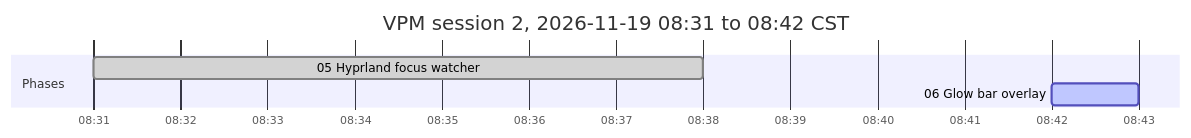
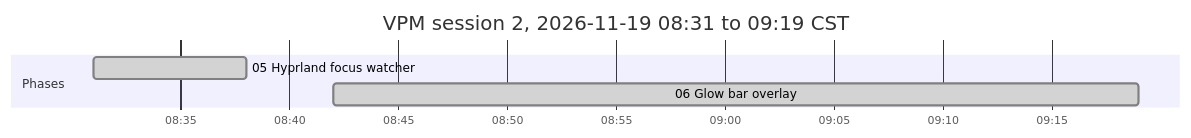
One commit to antonizick/VPNMonitor changed the second of 2 diagrams in VPM_IMPLEMENTATION_PLAN.md. Above: the diagram before and after it, drawn with Mermaid. The commit also changed other lines of this file and 1 other file, not shown here.

Commit message:
docs(plan): refresh timeline

````diff
--- a/VPM_IMPLEMENTATION_PLAN.md
+++ b/VPM_IMPLEMENTATION_PLAN.md
@@ -67,9 +67,9 @@
 ```mermaid
 gantt
-    title VPM session 2, 2026-11-19 08:31 to 08:42 CST
+    title VPM session 2, 2026-11-19 08:31 to 09:19 CST
     dateFormat YYYY-MM-DD HH:mm
     axisFormat %H:%M
     section Phases
     05 Hyprland focus watcher :done, p05s2, 2026-11-19 08:31, 2026-11-19 08:38
-    06 Glow bar overlay :active, p06s2, 2026-11-19 08:42, 2026-11-19 08:43
+    06 Glow bar overlay :done, p06s2, 2026-11-19 08:42, 2026-11-19 09:19
 ```
````
